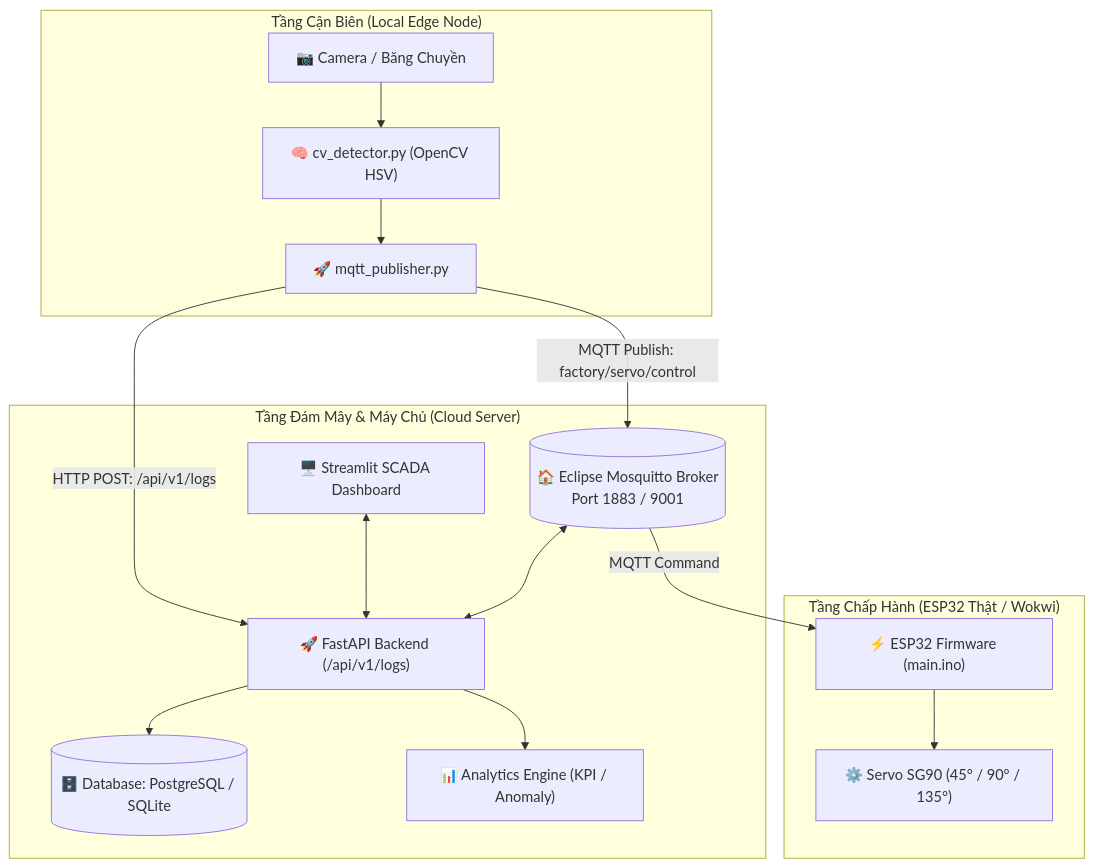
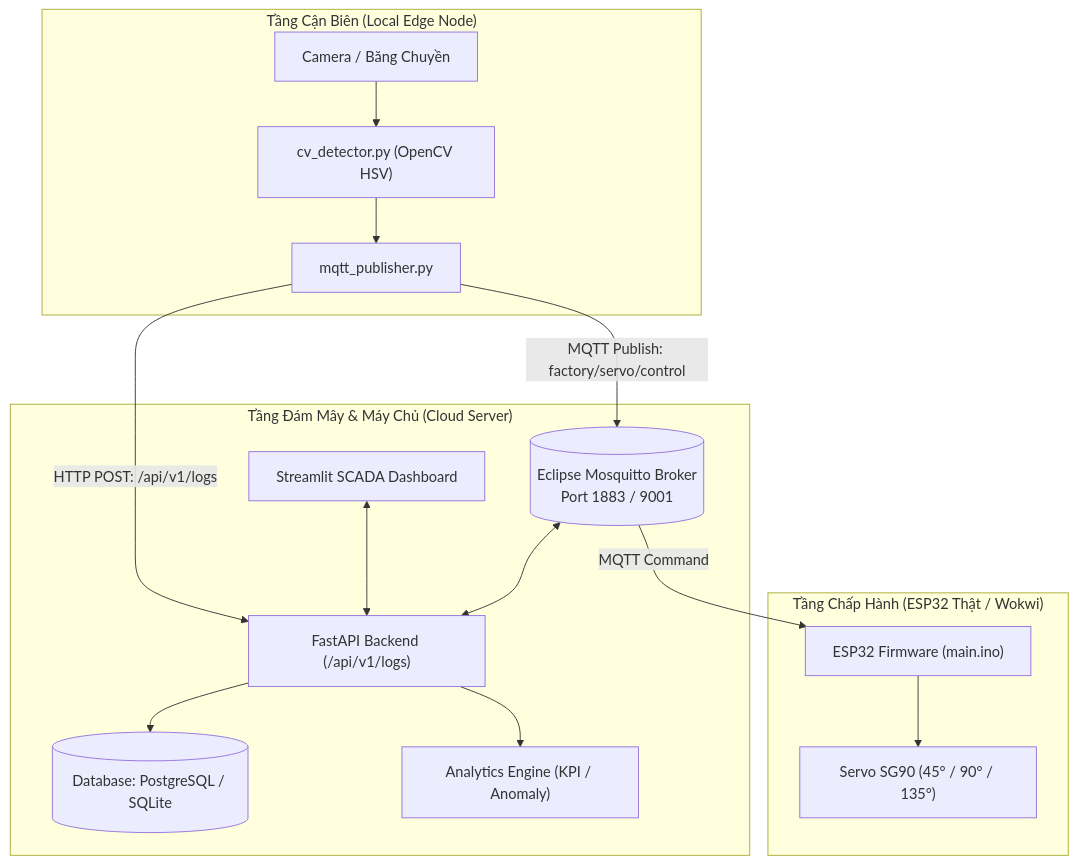
The diagram in README.md (KhanhTLN/IOT-System), drawn with Mermaid before and after one commit.

Commit message:
docs: update formatting in README.md for clarity

````diff
--- a/README.md
+++ b/README.md
@@ -30,28 +30,28 @@
 ```mermaid
 flowchart TD
     subgraph Local_Edge ["Tầng Cận Biên (Local Edge Node)"]
-        Cam["📷 Camera / Băng Chuyền"] --> CV["🧠 cv_detector.py (OpenCV HSV)"]
-        CV --> MQTT_Pub["🚀 mqtt_publisher.py"]
+        Cam[" Camera / Băng Chuyền"] --> CV[" cv_detector.py (OpenCV HSV)"]
+        CV --> MQTT_Pub[" mqtt_publisher.py"]
     end
 
     subgraph Hardware_Actuator ["Tầng Chấp Hành (ESP32 Thật / Wokwi)"]
-        ESP["⚡ ESP32 Firmware (main.ino)"] --> Servo["⚙️ Servo SG90 (45° / 90° / 135°)"]
+        ESP[" ESP32 Firmware (main.ino)"] --> Servo[" Servo SG90 (45° / 90° / 135°)"]
     end
 
     subgraph Cloud_Layer ["Tầng Đám Mây & Máy Chủ (Cloud Server)"]
-        Broker[("🏠 Eclipse Mosquitto Broker<br/>Port 1883 / 9001")]
-        API["🚀 FastAPI Backend (/api/v1/logs)"]
-        DB[("🗄️ Database: PostgreSQL / SQLite")]
-        Analytics["📊 Analytics Engine (KPI / Anomaly)"]
-        Dashboard["🖥️ Streamlit SCADA Dashboard"]
+        Broker[(" Eclipse Mosquitto Broker<br/>Port 1883 / 9001")]
+        API[" FastAPI Backend (/api/v1/logs)"]
+        DB[(" Database: PostgreSQL / SQLite")]
+        Analytics[" Analytics Engine (KPI / Anomaly)"]
+        Dashboard[" Streamlit SCADA Dashboard"]
         
         Broker <--> API
         API --> DB
         API --> Analytics
         Dashboard <--> API
     end
 
     MQTT_Pub -->|"MQTT Publish: factory/servo/control"| Broker
     Broker -->|"MQTT Command"| ESP
     MQTT_Pub -->|"HTTP POST: /api/v1/logs"| API
 ```
````
